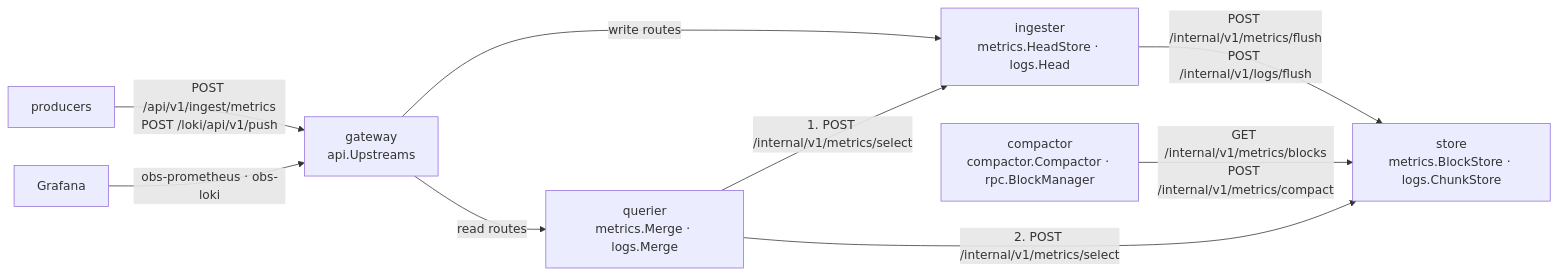
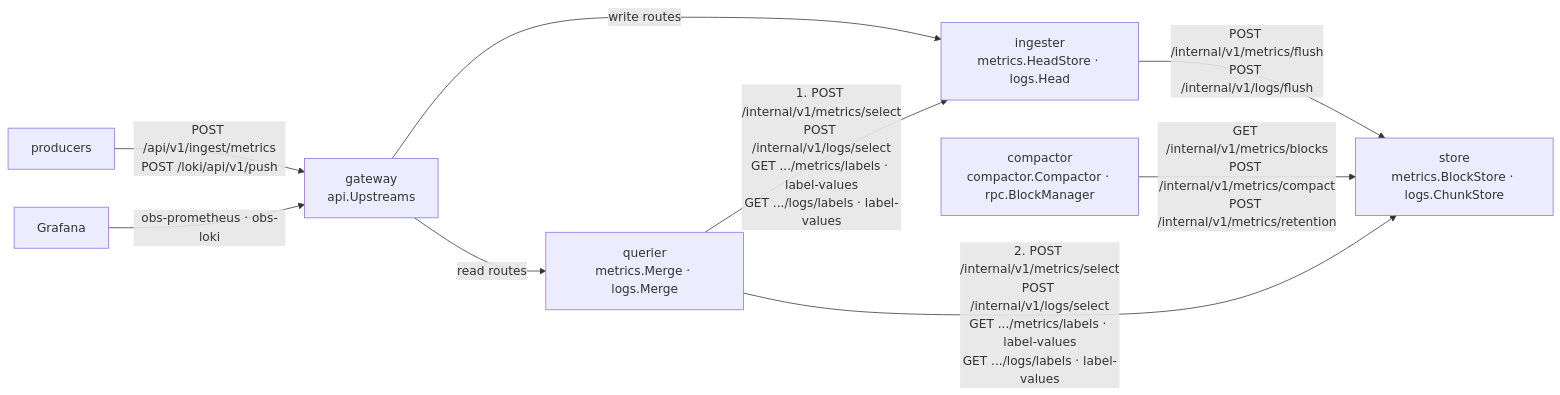
Before and after one commit to Weilei424/observability-platform: the first of 4 diagrams in docs/architecture/components.md, drawn with Mermaid. The commit also changed other lines of this file, not shown here.

First line of the commit message:
docs(architecture): correct the merge-rule and batch-cap claims, and draw reads and compaction

````diff
--- a/docs/architecture/components.md
+++ b/docs/architecture/components.md
@@ -33,11 +33,11 @@
 ```mermaid
 graph LR
   P["producers"] -->|"POST /api/v1/ingest/metrics<br/>POST /loki/api/v1/push"| G["gateway<br/>api.Upstreams"]
   GR["Grafana"] -->|"obs-prometheus · obs-loki"| G
   G -->|"write routes"| I["ingester<br/>metrics.HeadStore · logs.Head"]
   G -->|"read routes"| Q["querier<br/>metrics.Merge · logs.Merge"]
-  Q -->|"1. POST /internal/v1/metrics/select"| I
-  Q -->|"2. POST /internal/v1/metrics/select"| S["store<br/>metrics.BlockStore · logs.ChunkStore"]
+  Q -->|"1. POST /internal/v1/metrics/select<br/>POST /internal/v1/logs/select<br/>GET .../metrics/labels · label-values<br/>GET .../logs/labels · label-values"| I
+  Q -->|"2. POST /internal/v1/metrics/select<br/>POST /internal/v1/logs/select<br/>GET .../metrics/labels · label-values<br/>GET .../logs/labels · label-values"| S["store<br/>metrics.BlockStore · logs.ChunkStore"]
   I -->|"POST /internal/v1/metrics/flush<br/>POST /internal/v1/logs/flush"| S
-  C["compactor<br/>compactor.Compactor · rpc.BlockManager"] -->|"GET /internal/v1/metrics/blocks<br/>POST /internal/v1/metrics/compact"| S
+  C["compactor<br/>compactor.Compactor · rpc.BlockManager"] -->|"GET /internal/v1/metrics/blocks<br/>POST /internal/v1/metrics/compact<br/>POST /internal/v1/metrics/retention"| S
 ```
````
